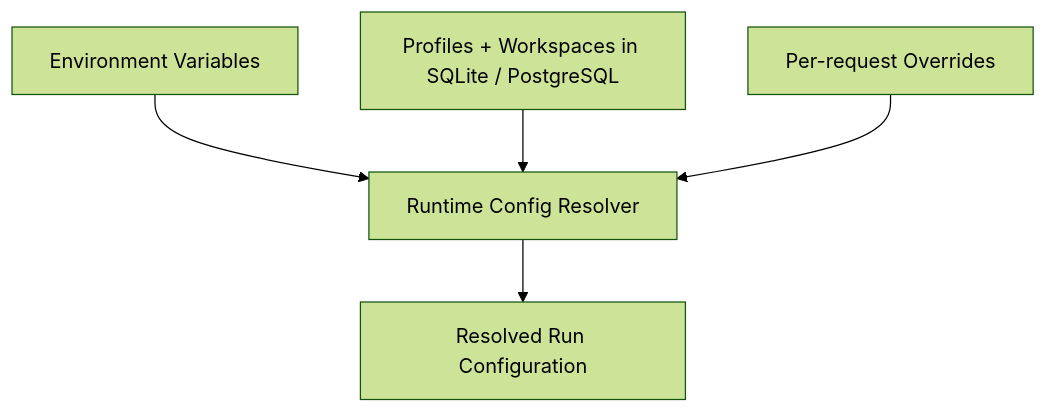
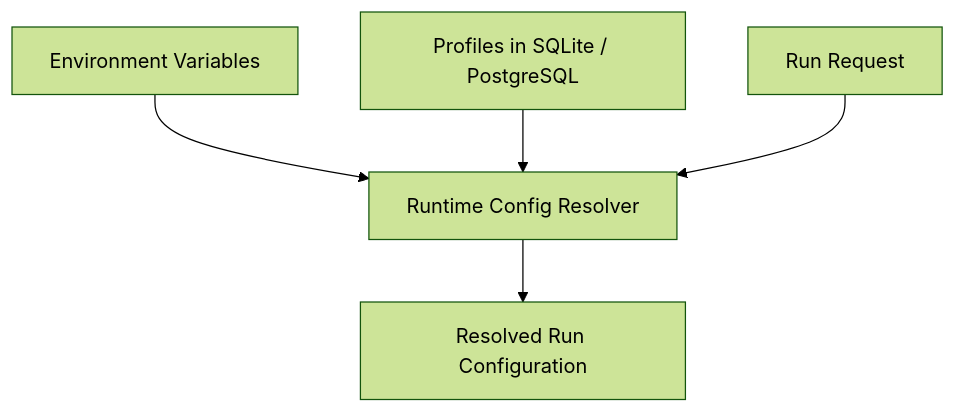
One commit to Wh1isper/ya-mono changed the first of 2 diagrams in packages/ya-claw/spec/01-configuration-and-workspace-provider.md. Above: the diagram before and after it, drawn with Mermaid (forest theme). The commit also changed other lines of this file and 28 other files, not shown here.

````diff
--- a/packages/ya-claw/spec/01-configuration-and-workspace-provider.md
+++ b/packages/ya-claw/spec/01-configuration-and-workspace-provider.md
@@ -11,7 +11,7 @@
 ```mermaid
 flowchart TB
     ENV[Environment Variables] --> RES[Runtime Config Resolver]
-    STORE[Profiles + Workspaces in SQLite / PostgreSQL] --> RES
-    REQ[Per-request Overrides] --> RES
+    STORE[Profiles in SQLite / PostgreSQL] --> RES
+    REQ[Run Request] --> RES
     RES --> RUNCFG[Resolved Run Configuration]
 ```
````
